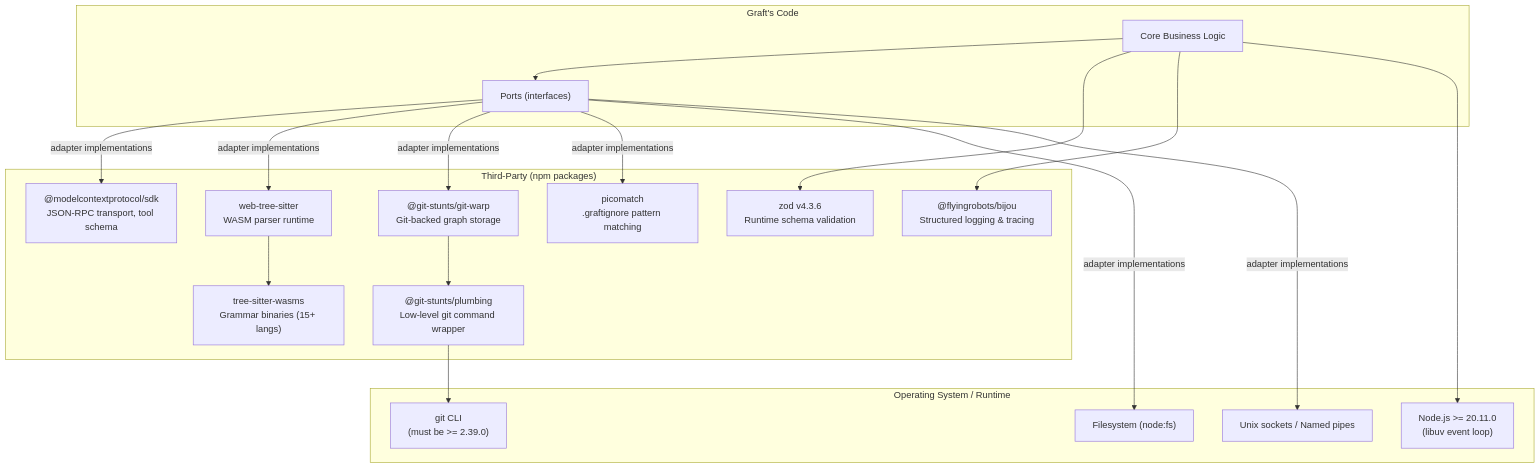
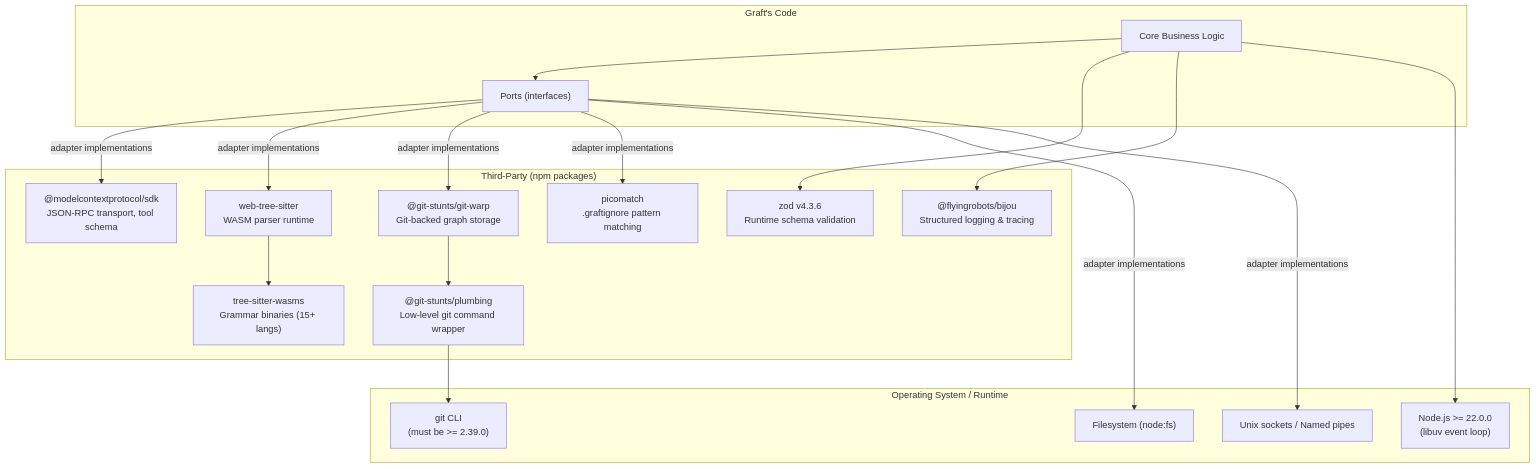
Before and after one commit to flyingrobots/graft: diagram 26 of 29 in docs/TECHNICAL_TEARDOWN.md, drawn with Mermaid. The commit also changed 12 other files, not shown here.

````diff
--- a/docs/TECHNICAL_TEARDOWN.md
+++ b/docs/TECHNICAL_TEARDOWN.md
@@ -1603,39 +1603,39 @@
 ```mermaid
 graph TD
     subgraph "Graft's Code"
         Core["Core Business Logic"]
         Ports["Ports (interfaces)"]
     end
 
     subgraph "Third-Party (npm packages)"
         MCP_SDK["@modelcontextprotocol/sdk<br />JSON-RPC transport, tool schema"]
         TreeSitter["web-tree-sitter<br />WASM parser runtime"]
         TSWasms["tree-sitter-wasms<br />Grammar binaries (15+ langs)"]
         GitWarp["@git-stunts/git-warp<br />Git-backed graph storage"]
         Plumbing["@git-stunts/plumbing<br />Low-level git command wrapper"]
         Picomatch["picomatch<br />.graftignore pattern matching"]
         Zod["zod v4.3.6<br />Runtime schema validation"]
         Bijou["@flyingrobots/bijou<br />Structured logging & tracing"]
     end
 
     subgraph "Operating System / Runtime"
         Git["git CLI<br />(must be >= 2.39.0)"]
-        NodeJS["Node.js >= 20.11.0<br />(libuv event loop)"]
+        NodeJS["Node.js >= 22.0.0<br />(libuv event loop)"]
         FS_OS["Filesystem (node:fs)"]
         Sockets["Unix sockets / Named pipes"]
     end
 
     Core --> Ports
     Ports -->|"adapter implementations"| MCP_SDK
     Ports -->|"adapter implementations"| TreeSitter
     TreeSitter --> TSWasms
     Ports -->|"adapter implementations"| GitWarp
     GitWarp --> Plumbing
     Plumbing --> Git
     Ports -->|"adapter implementations"| Picomatch
     Core --> Zod
     Core --> Bijou
     Ports -->|"adapter implementations"| FS_OS
     Ports -->|"adapter implementations"| Sockets
     Core --> NodeJS
 ```
````
